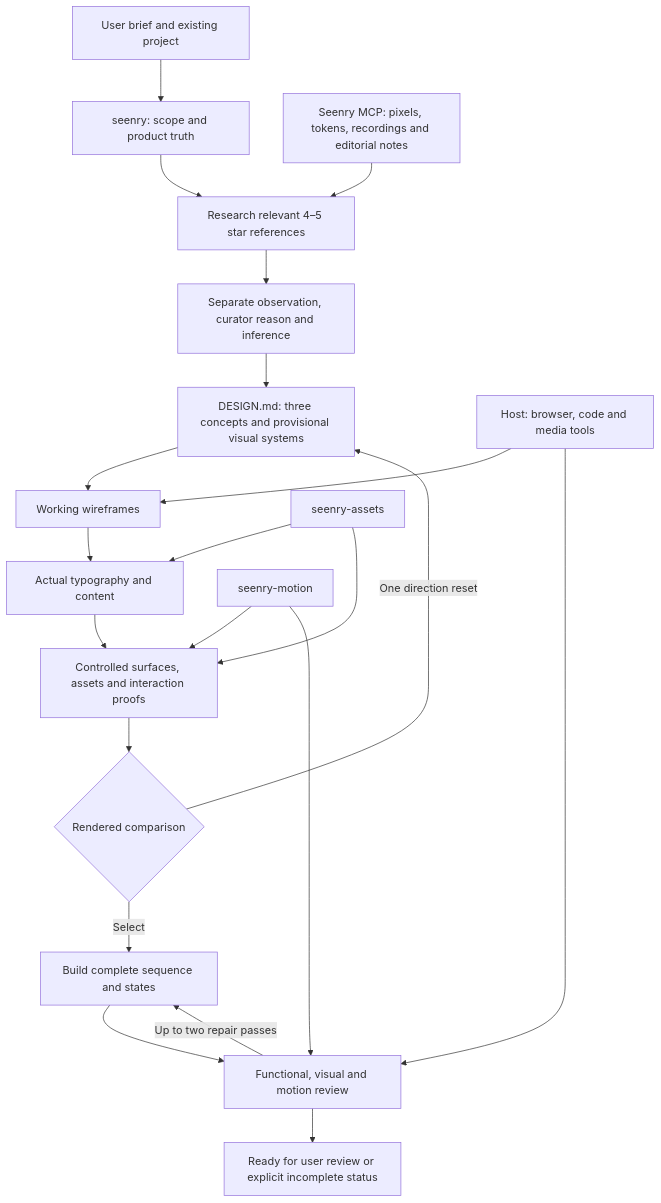
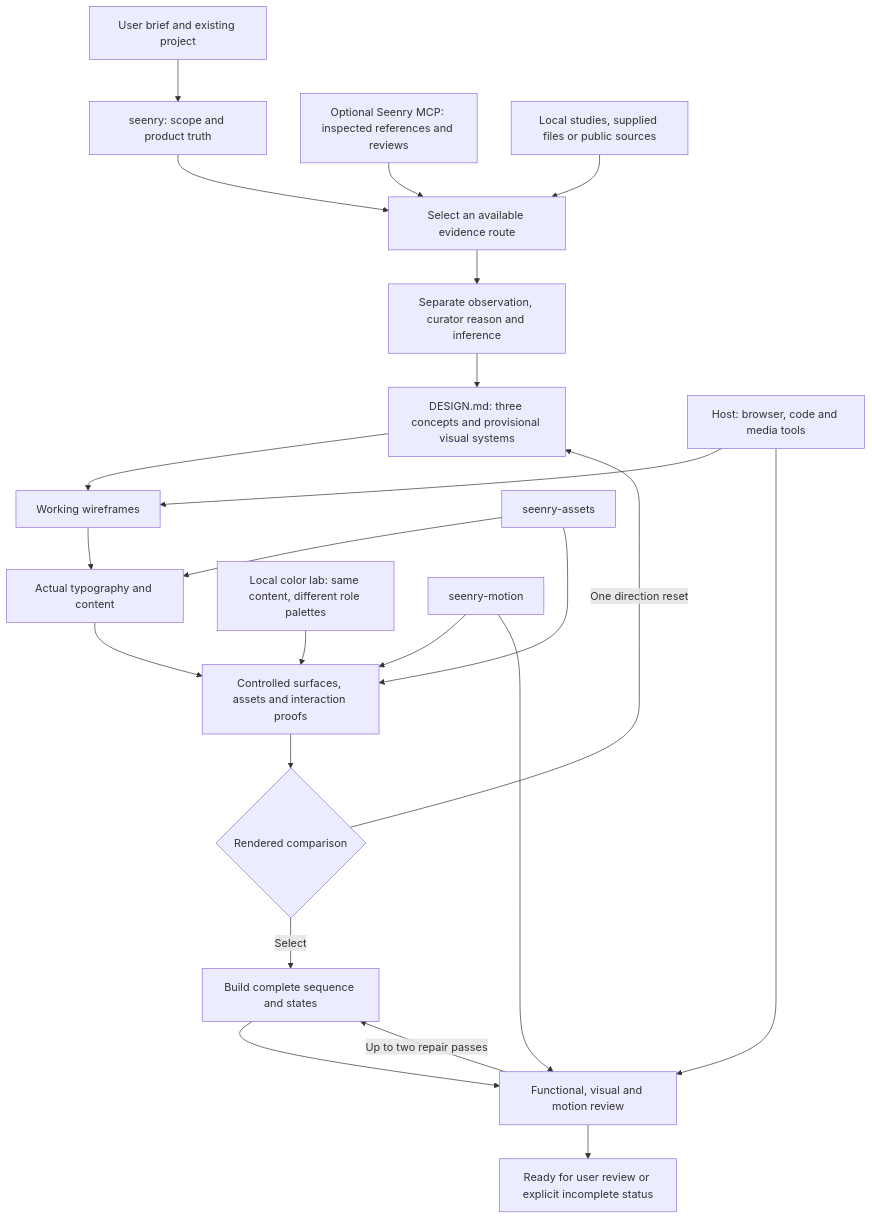
Before and after one commit to ayangabryl/seenry-skills: the diagram in ARCHITECTURE.md, drawn with Mermaid. The commit also changed other lines of this file and 26 other files, not shown here.

Commit message:
Make Seenry independent of MCP with local color and motion studies

````diff
--- a/ARCHITECTURE.md
+++ b/ARCHITECTURE.md
@@ -5,23 +5,25 @@
 ```mermaid
 flowchart TD
   U[User brief and existing project] --> S[seenry: scope and product truth]
-  S --> R[Research relevant 4–5 star references]
-  M[Seenry MCP: pixels, tokens, recordings and editorial notes] --> R
+  S --> R[Select an available evidence route]
+  M[Optional Seenry MCP: inspected references and reviews] --> R
+  L[Local studies, supplied files or public sources] --> R
   R --> E[Separate observation, curator reason and inference]
   E --> P[DESIGN.md: three concepts and provisional visual systems]
   P --> W[Working wireframes]
   W --> T[Actual typography and content]
   T --> V[Controlled surfaces, assets and interaction proofs]
+  CL[Local color lab: same content, different role palettes] --> V
   V --> C{Rendered comparison}
   C -->|One direction reset| P
   C -->|Select| B[Build complete sequence and states]
   B --> Q[Functional, visual and motion review]
   Q -->|Up to two repair passes| B
   Q --> F[Ready for user review or explicit incomplete status]
   A[seenry-assets] --> T
   A --> V
   O[seenry-motion] --> V
   O --> Q
   H[Host: browser, code and media tools] --> W
   H --> Q
 ```
````
